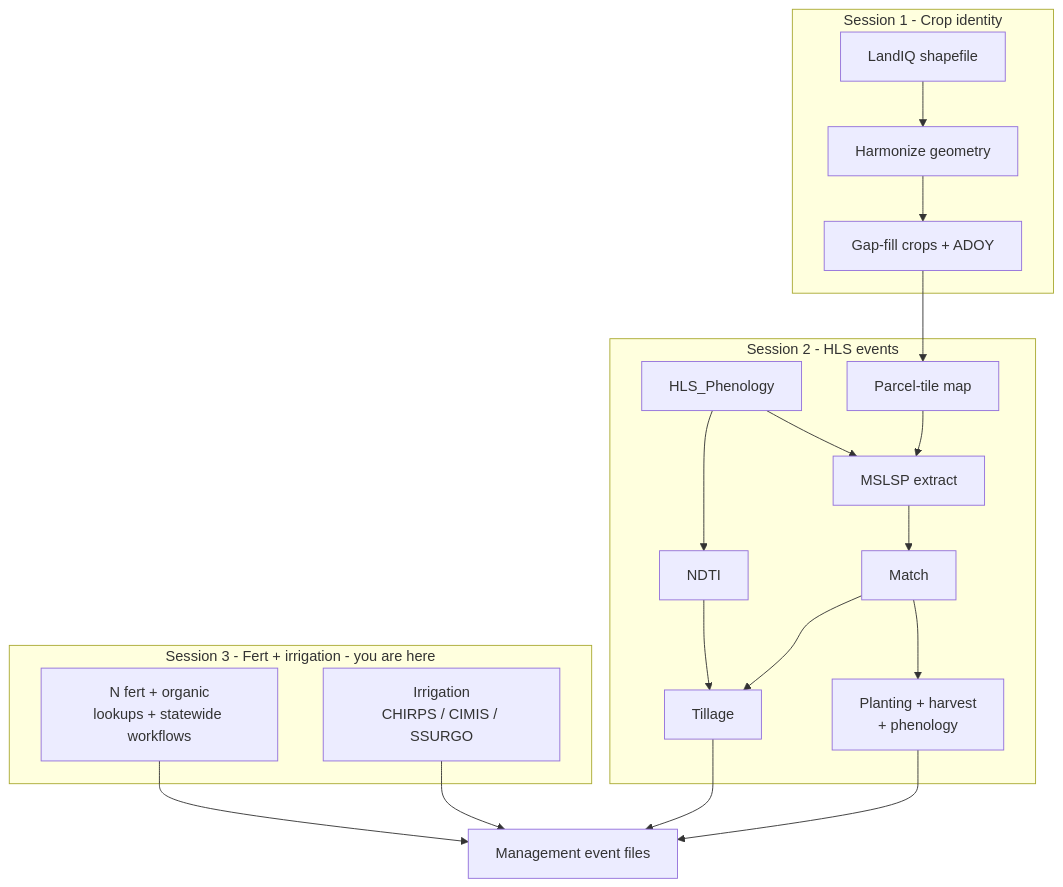
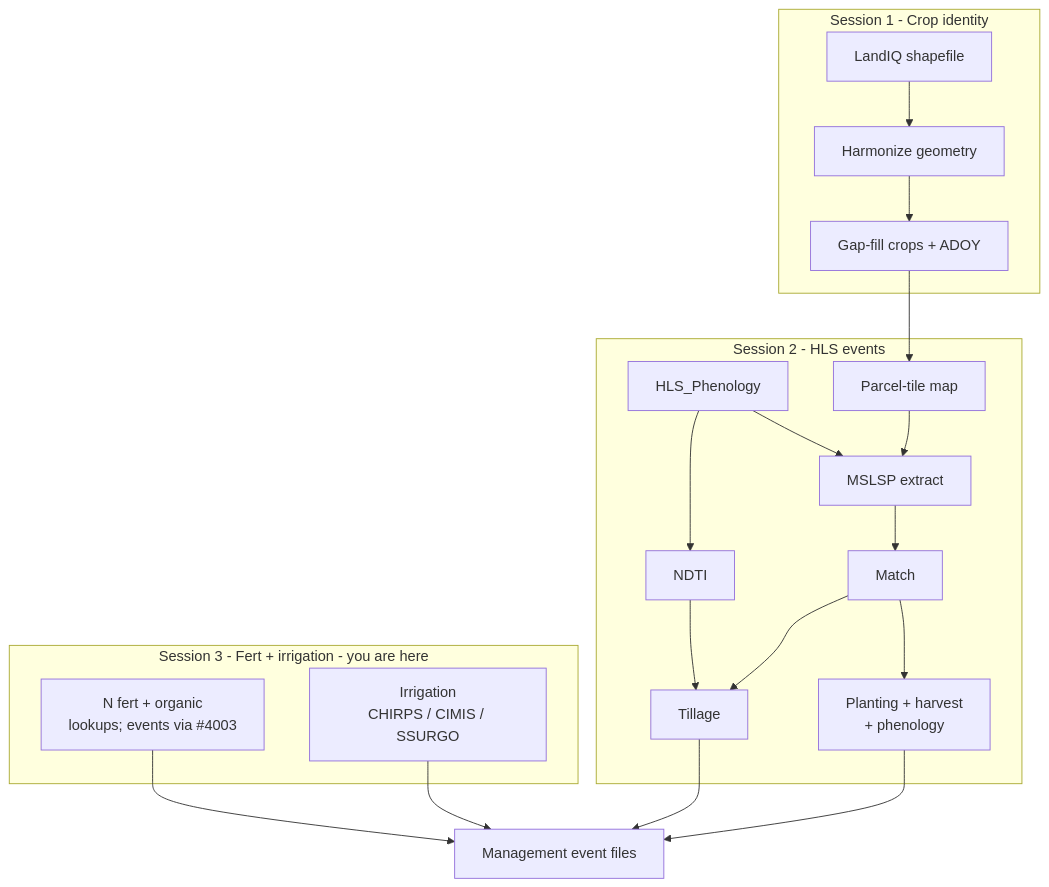
Before and after one commit to PecanProject/pecan: the diagram in modules/data.remote/inst/ccmmf/documentation/sessions/03-fertilizer-irrigation.md, drawn with Mermaid. The commit also changed other lines of this file and 16 other files, not shown here.

````diff
--- a/modules/data.remote/inst/ccmmf/documentation/sessions/03-fertilizer-irrigation.md
+++ b/modules/data.remote/inst/ccmmf/documentation/sessions/03-fertilizer-irrigation.md
@@ -25,28 +24,28 @@
 ```mermaid
 flowchart TB
   subgraph S1["Session 1 - Crop identity"]
     DWR["LandIQ shapefile"] --> CADWR["Harmonize geometry"]
     CADWR --> GF["Gap-fill crops + ADOY"]
   end
 
   subgraph S2["Session 2 - HLS events"]
     HLS["HLS_Phenology"] --> MSLSP["MSLSP extract"]
     GF --> MAP["Parcel-tile map"]
     MAP --> MSLSP
     MSLSP --> MATCH["Match"]
     MATCH --> EV1["Planting + harvest\n+ phenology"]
     HLS --> NDTI["NDTI"]
     NDTI --> EV2["Tillage"]
     MATCH --> EV2
   end
 
   subgraph S3["Session 3 - Fert + irrigation - you are here"]
-    FERT["N fert + organic\nlookups + statewide workflows"]
+    FERT["N fert + organic\nlookups; events via #4003"]
     IRR["Irrigation\nCHIRPS / CIMIS / SSURGO"]
   end
 
   EV1 --> OUT["Management event files"]
   EV2 --> OUT
   FERT --> OUT
   IRR --> OUT
 ```
````
